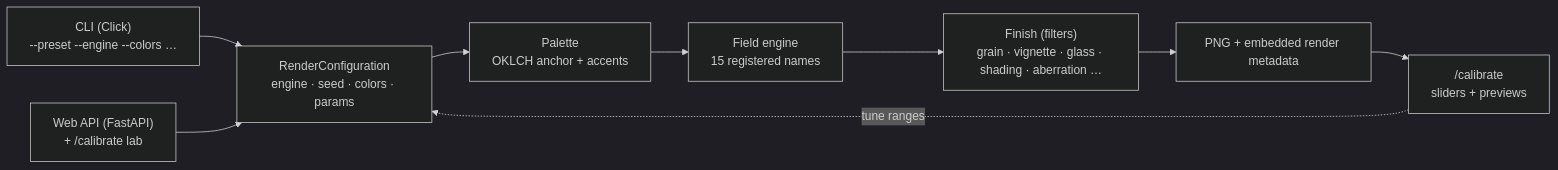
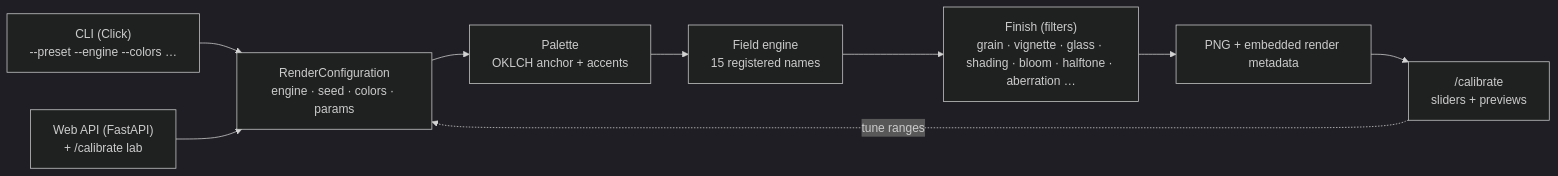
One commit to icherniukh/wp-generator changed the diagram in README.md. Above: the diagram before and after it, drawn with Mermaid (dark theme). The commit also changed other lines of this file and 2 other files, not shown here.

Commit message:
docs: document bloom and halftone, update engine counts and finish order (#28)

````diff
--- a/README.md
+++ b/README.md
@@ -133,11 +133,11 @@
 ```mermaid
 flowchart LR
     CLI["CLI (Click)\n--preset --engine --colors …"] --> CFG["RenderConfiguration\nengine · seed · colors · params"]
     WEB["Web API (FastAPI)\n+ /calibrate lab"] --> CFG
     CFG --> PAL["Palette\nOKLCH anchor + accents"]
     PAL --> ENG["Field engine\n15 registered names"]
-    ENG --> FX["Finish (filters)\ngrain · vignette · glass · shading · aberration …"]
+    ENG --> FX["Finish (filters)\ngrain · vignette · glass · shading · bloom · halftone · aberration …"]
     FX --> OUT["PNG + embedded render metadata"]
     OUT --> CAL["/calibrate\nsliders + previews"]
     CAL -.->|"tune ranges"| CFG
 ```
````
